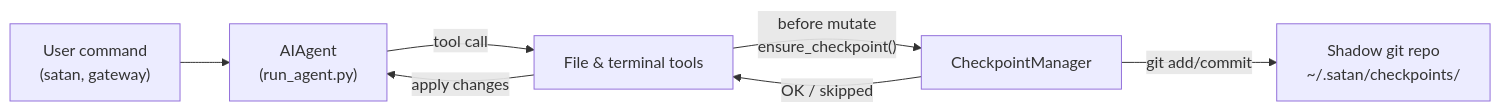
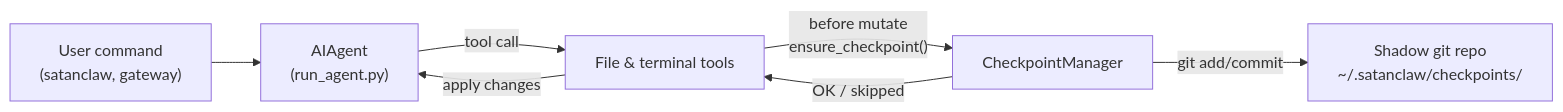
Before and after one commit to eskayML/SatanClaw: the diagram in website/docs/user-guide/checkpoints-and-rollback.md, drawn with Mermaid. The commit also changed other lines of this file and 745 other files, not shown here.

````diff
--- a/website/docs/user-guide/checkpoints-and-rollback.md
+++ b/website/docs/user-guide/checkpoints-and-rollback.md
@@ -43,15 +43,15 @@
 ```mermaid
 flowchart LR
-  user["User command\n(satan, gateway)"]
+  user["User command\n(satanclaw, gateway)"]
   agent["AIAgent\n(run_agent.py)"]
   tools["File & terminal tools"]
   cpMgr["CheckpointManager"]
-  shadowRepo["Shadow git repo\n~/.satan/checkpoints/<hash>"]
+  shadowRepo["Shadow git repo\n~/.satanclaw/checkpoints/<hash>"]
 
   user --> agent
   agent -->|"tool call"| tools
   tools -->|"before mutate\nensure_checkpoint()"| cpMgr
   cpMgr -->|"git add/commit"| shadowRepo
   cpMgr -->|"OK / skipped"| tools
   tools -->|"apply changes"| agent
 ```
````
